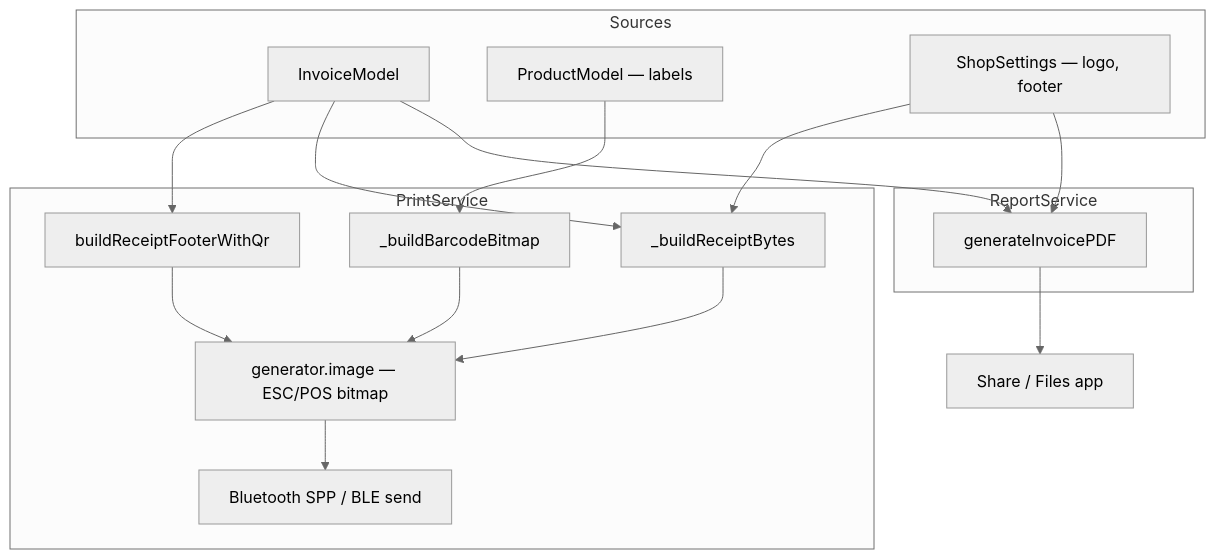
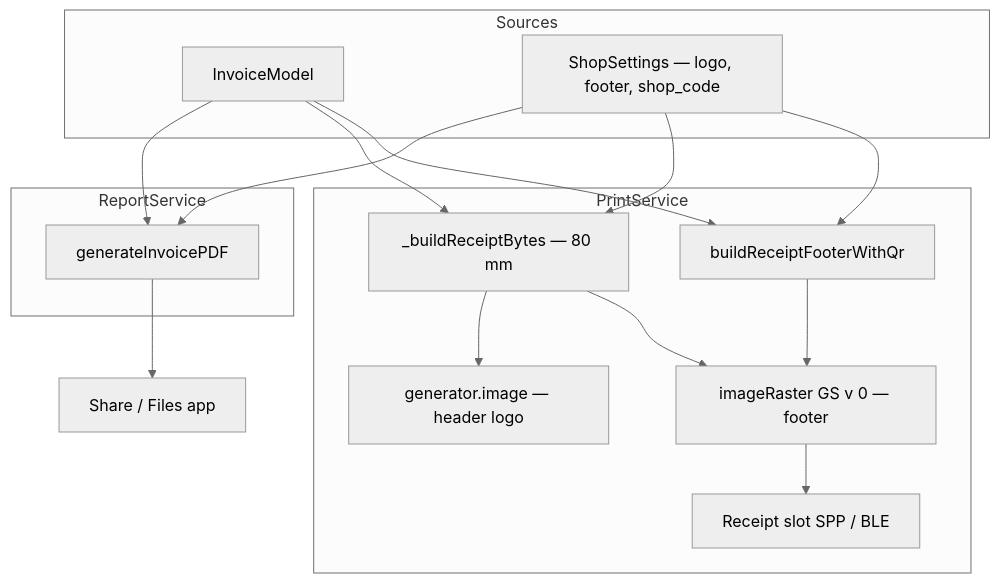
Before and after one commit to raghavendra-k021/bill-service: the seventh of 10 diagrams in ARCHITECTURE.md, drawn with Mermaid (neutral theme). The commit also changed other lines of this file and 27 other files, not shown here.

Commit message:
Add CODE128 labels, dual printers, price rounding, and full docs

````diff
--- a/ARCHITECTURE.md
+++ b/ARCHITECTURE.md
@@ -159,32 +321,31 @@
 ```mermaid
 flowchart TB
     subgraph Sources
         InvM[InvoiceModel]
-        ProdM[ProductModel — labels]
-        Shop[ShopSettings — logo, footer]
+        Shop[ShopSettings — logo, footer, shop_code]
     end
 
     subgraph ReportService
         PDF[generateInvoicePDF]
     end
 
     subgraph PrintService
-        RCPT[_buildReceiptBytes]
-        BC[_buildBarcodeBitmap]
+        RCPT[_buildReceiptBytes — 80 mm]
         FQR[buildReceiptFooterWithQr]
-        IMG[generator.image — ESC/POS bitmap]
-        SPP[Bluetooth SPP / BLE send]
+        RAST[imageRaster GS v 0 — footer]
+        HDR[generator.image — header logo]
+        SPP[Receipt slot SPP / BLE]
     end
 
     InvM --> PDF
     InvM --> RCPT
     Shop --> PDF
     Shop --> RCPT
-    ProdM --> BC
     InvM --> FQR
-    RCPT --> IMG
-    BC --> IMG
-    FQR --> IMG
-    IMG --> SPP
+    Shop --> FQR
+    RCPT --> HDR
+    RCPT --> RAST
+    FQR --> RAST
+    RAST --> SPP
     PDF --> Share[Share / Files app]
 ```
````
